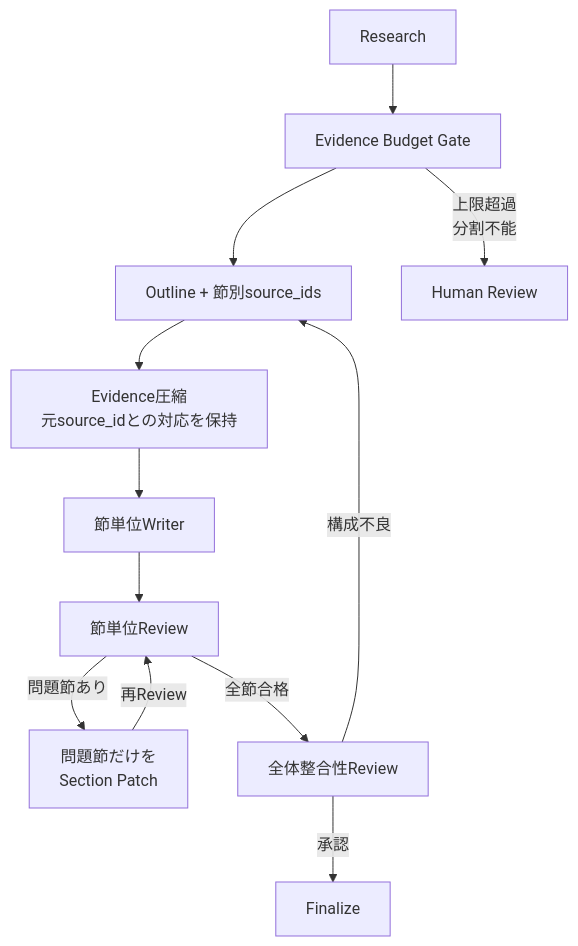
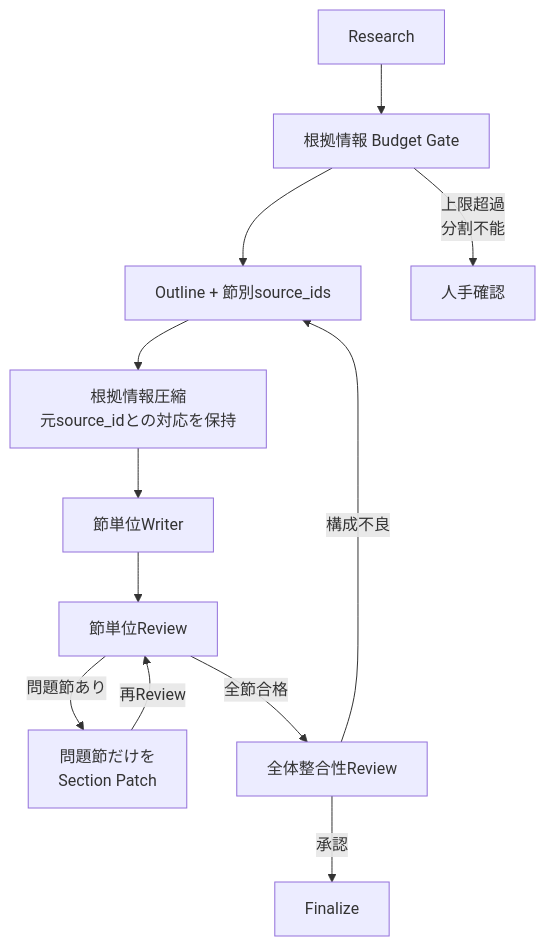
Before and after one commit to junTaniguchi/llm_ops: diagram 14 of 18 in 技術レポート作成マルチエージェント_完成版.md, drawn with Mermaid. The commit also changed other lines of this file, not shown here.

````diff
--- a/技術レポート作成マルチエージェント_完成版.md
+++ b/技術レポート作成マルチエージェント_完成版.md
@@ -2767,14 +3101,14 @@
 ```mermaid
 flowchart TB
-    R["Research"] --> B["Evidence Budget Gate"]
+    R["Research"] --> B["根拠情報 Budget Gate"]
     B --> O["Outline + 節別source_ids"]
-    O --> C["Evidence圧縮<br/>元source_idとの対応を保持"]
+    O --> C["根拠情報圧縮<br/>元source_idとの対応を保持"]
     C --> SW["節単位Writer"]
     SW --> SR["節単位Review"]
     SR -->|問題節あり| P["問題節だけを<br/>Section Patch"]
     P -->|再Review| SR
     SR -->|全節合格| CR["全体整合性Review"]
     CR -->|構成不良| O
     CR -->|承認| F["Finalize"]
-    B -->|上限超過<br/>分割不能| H["Human Review"]
+    B -->|上限超過<br/>分割不能| H["人手確認"]
 ```
````
